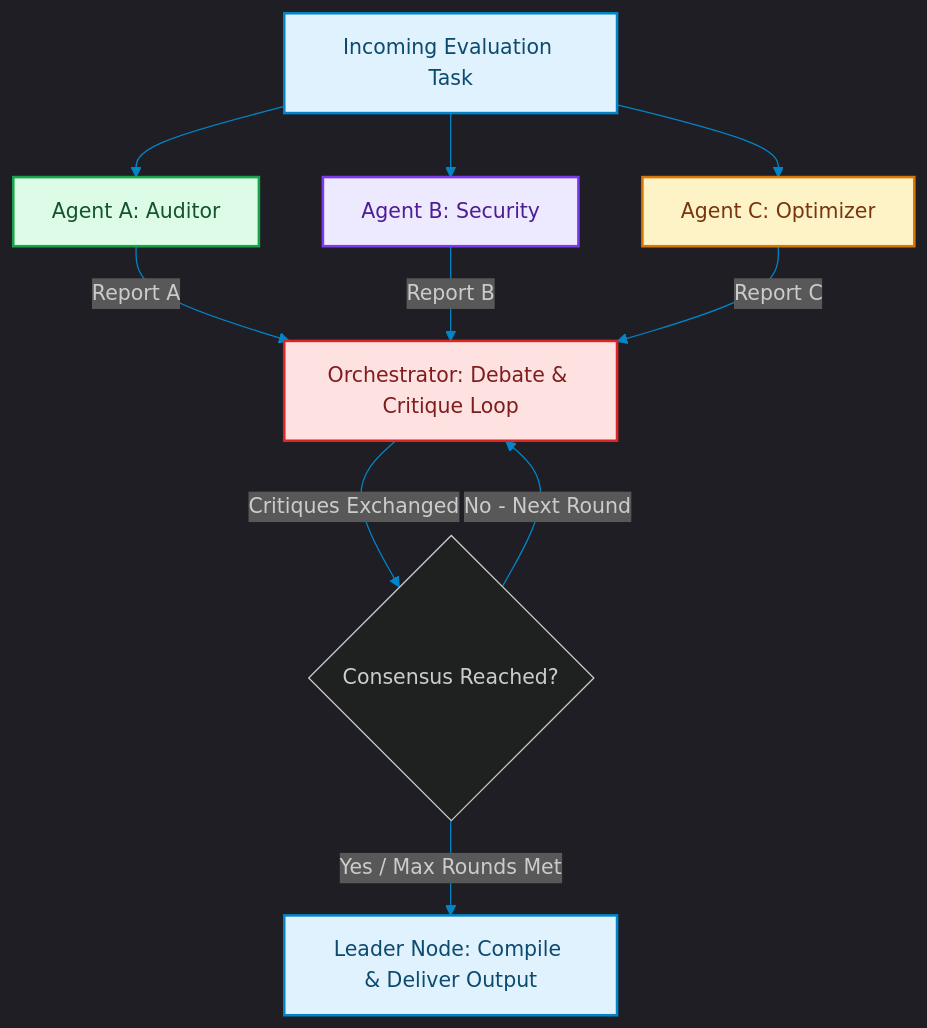
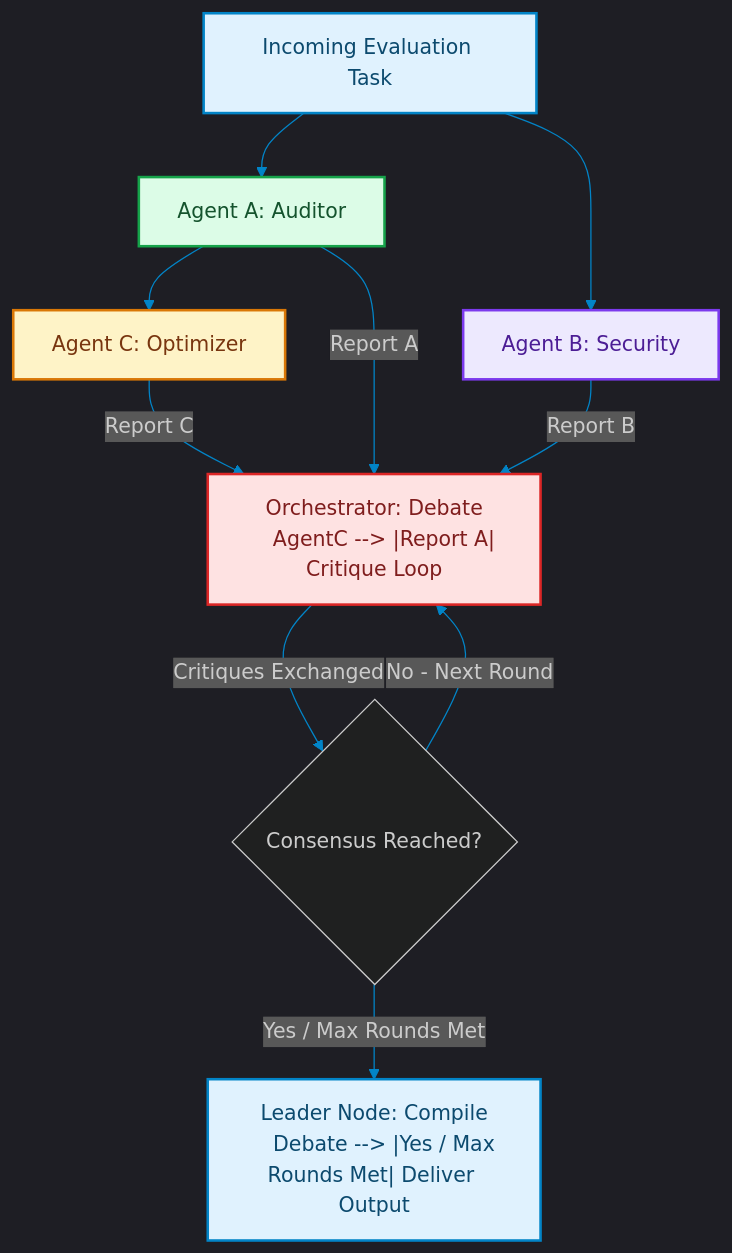
The diagram in blog/posts/multi-agent-consensus-voting-debate-topologies.md (akmalkhaniub/akmalkhaniub.github.io), drawn with Mermaid before and after one commit. The commit also changed other lines of this file and 894 other files, not shown here.

Commit message:
feat(blog): upgrade all 444 posts with unique staggered dates, 2-col Mermaid spines, benchmark tables, code blocks, and trade-offs

````diff
--- a/blog/posts/multi-agent-consensus-voting-debate-topologies.md
+++ b/blog/posts/multi-agent-consensus-voting-debate-topologies.md
@@ -15,26 +15,28 @@
 ```mermaid
 %%{init: {'theme': 'dark', 'themeVariables': { 'primaryColor': '#0284c7', 'primaryTextColor': '#f3f4f6', 'primaryBorderColor': '#38bdf8', 'lineColor': '#0284c7', 'secondaryColor': '#111827', 'tertiaryColor': '#0b0f19'}}}%%
 flowchart TD
     Task["Incoming Evaluation Task"] --> AgentA["Agent A: Auditor"]
     Task --> AgentB["Agent B: Security"]
-    Task --> AgentC["Agent C: Optimizer"]
+    AgentA --> AgentC["Agent C: Optimizer"]
     
-    AgentA -->|Report A| Debate["Orchestrator: Debate & Critique Loop"]
+    AgentA --> |Report A| Debate["Orchestrator: Debate
+    AgentC --> |Report A| Critique Loop"]
     AgentB -->|Report B| Debate
     AgentC -->|Report C| Debate
 
     Debate -->|Critiques Exchanged| Eval{Consensus Reached?}
     Eval -->|No - Next Round| Debate
-    Eval -->|Yes / Max Rounds Met| Compile["Leader Node: Compile & Deliver Output"]
+    Eval --> |Yes / Max Rounds Met| Compile["Leader Node: Compile
+    Debate --> |Yes / Max Rounds Met| Deliver Output"]
 
 classDef green fill:#dcfce7,stroke:#16a34a,stroke-width:2px,color:#14532d;
 classDef red fill:#fee2e2,stroke:#dc2626,stroke-width:2px,color:#7f1d1d;
 classDef blue fill:#e0f2fe,stroke:#0284c7,stroke-width:2px,color:#0c4a6e;
 classDef yellow fill:#fef3c7,stroke:#d97706,stroke-width:2px,color:#78350f;
 classDef purple fill:#ede9fe,stroke:#7c3aed,stroke-width:2px,color:#4c1d95;
 class Task,Compile blue
 class AgentA green
 class AgentB purple
 class AgentC yellow
 class Debate red
 ```
````
